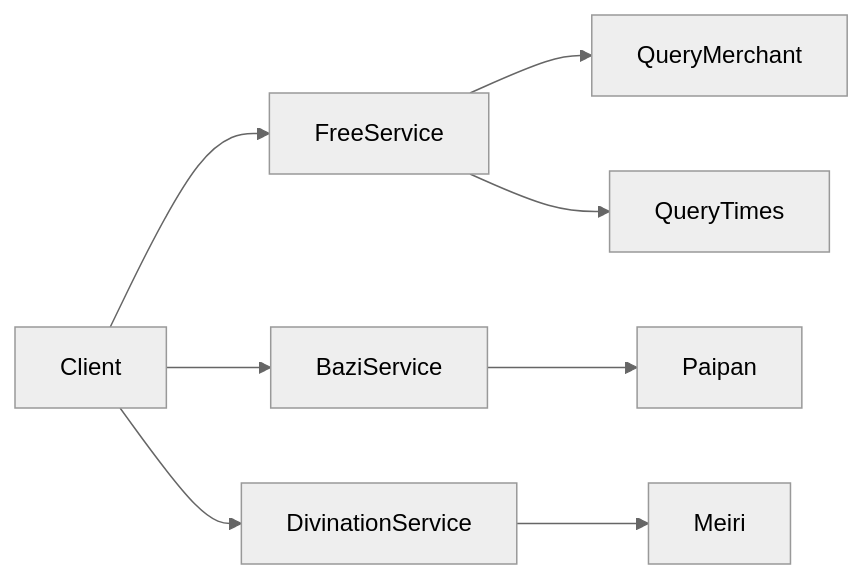
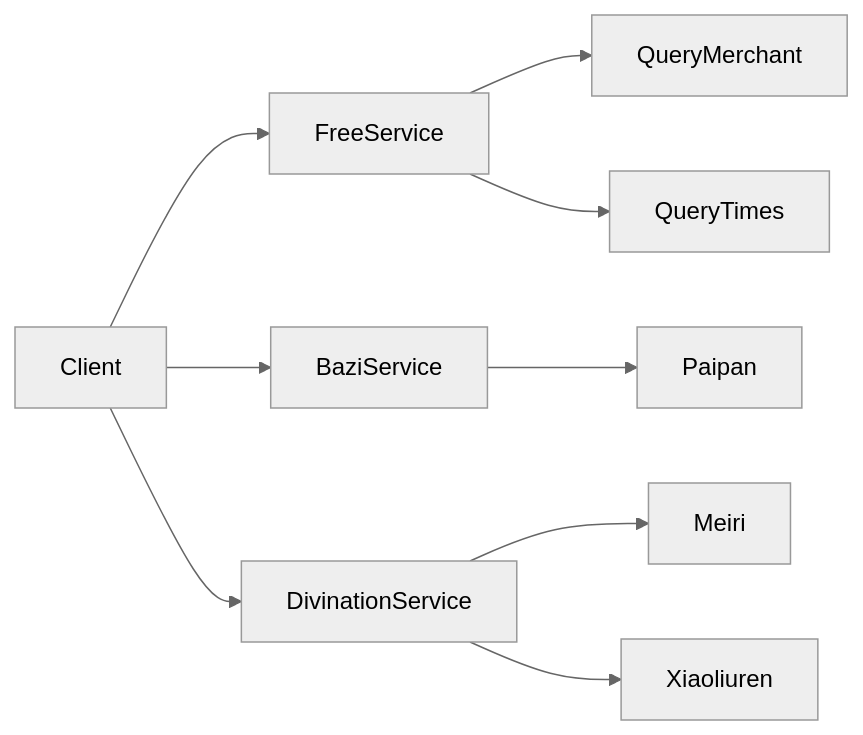
The first of 2 diagrams in README.md (Scorpio69t/yuanfenju-go-sdk), drawn with Mermaid (neutral theme) before and after one commit. The commit also changed other lines of this file and 7 other files, not shown here.

````diff
--- a/README.md
+++ b/README.md
@@ -58,13 +58,14 @@
 ```mermaid
 flowchart LR
     A[Client] --> B[FreeService]
     A --> C[BaziService]
     A --> D[DivinationService]
 
     B --> B1[QueryMerchant]
     B --> B2[QueryTimes]
 
     C --> C1[Paipan]
 
     D --> D1[Meiri]
+    D --> D2[Xiaoliuren]
 ```
````
